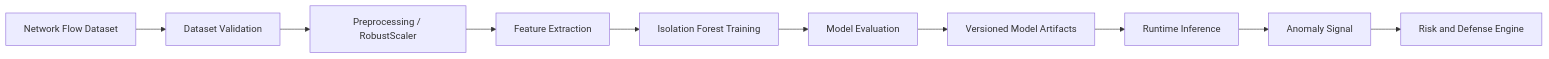
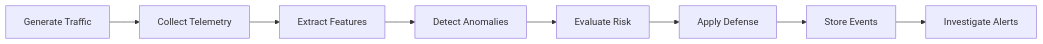
Before and after one commit to manasvig-cyber/Captain-Shield: the second of 2 diagrams in README.md, drawn with Mermaid. The commit also changed other lines of this file, not shown here.

````diff
--- a/README.md
+++ b/README.md
@@ -91,12 +49,10 @@
 ```mermaid
 flowchart LR
-    A["Network Flow Dataset"] --> B["Dataset Validation"]
-    B --> C["Preprocessing / RobustScaler"]
-    C --> D["Feature Extraction"]
-    D --> E["Isolation Forest Training"]
-    E --> F["Model Evaluation"]
-    F --> G["Versioned Model Artifacts"]
-    G --> H["Runtime Inference"]
-    H --> I["Anomaly Signal"]
-    I --> J["Risk and Defense Engine"]
+    A[Generate Traffic] --> B[Collect Telemetry]
+    B --> C[Extract Features]
+    C --> D[Detect Anomalies]
+    D --> E[Evaluate Risk]
+    E --> F[Apply Defense]
+    F --> G[Store Events]
+    G --> H[Investigate Alerts]
 ```
````
